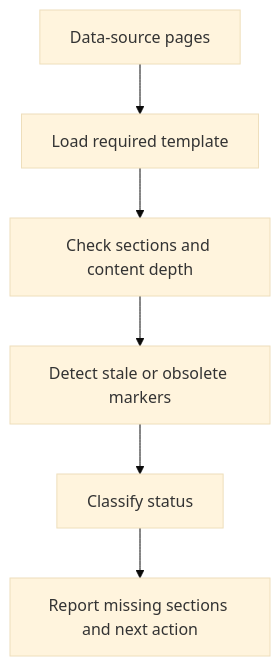
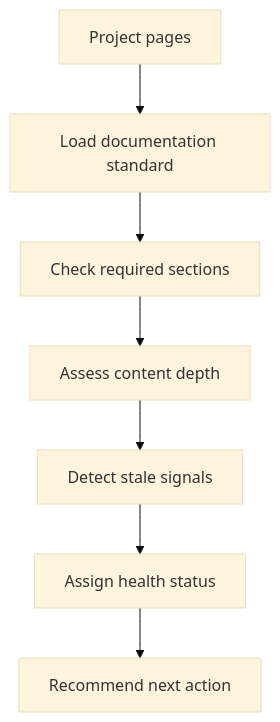
One commit to anabelengarciac/project-docs-health-monitor changed the second of 2 diagrams in README.md. Above: the diagram before and after it, drawn with Mermaid (base theme). The commit also changed other lines of this file and 3 other files, not shown here.

Commit message:
Rename as project docs health monitor

````diff
--- a/README.md
+++ b/README.md
@@ -31,8 +47,9 @@
 ```mermaid
 flowchart TD
-    A["Data-source pages"] --> B["Load required template"]
-    B --> C["Check sections and content depth"]
-    C --> D["Detect stale or obsolete markers"]
-    D --> E["Classify status"]
-    E --> F["Report missing sections and next action"]
+    A["Project pages"] --> B["Load documentation standard"]
+    B --> C["Check required sections"]
+    C --> D["Assess content depth"]
+    D --> E["Detect stale signals"]
+    E --> F["Assign health status"]
+    F --> G["Recommend next action"]
 ```
````
